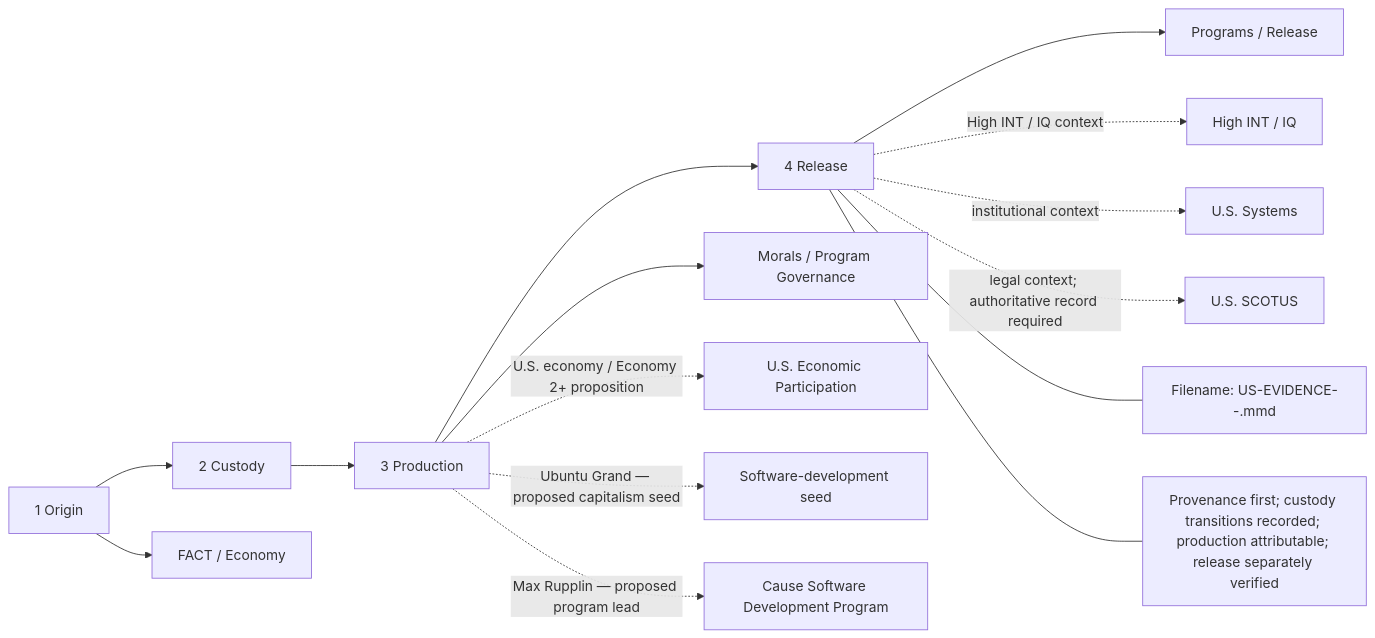
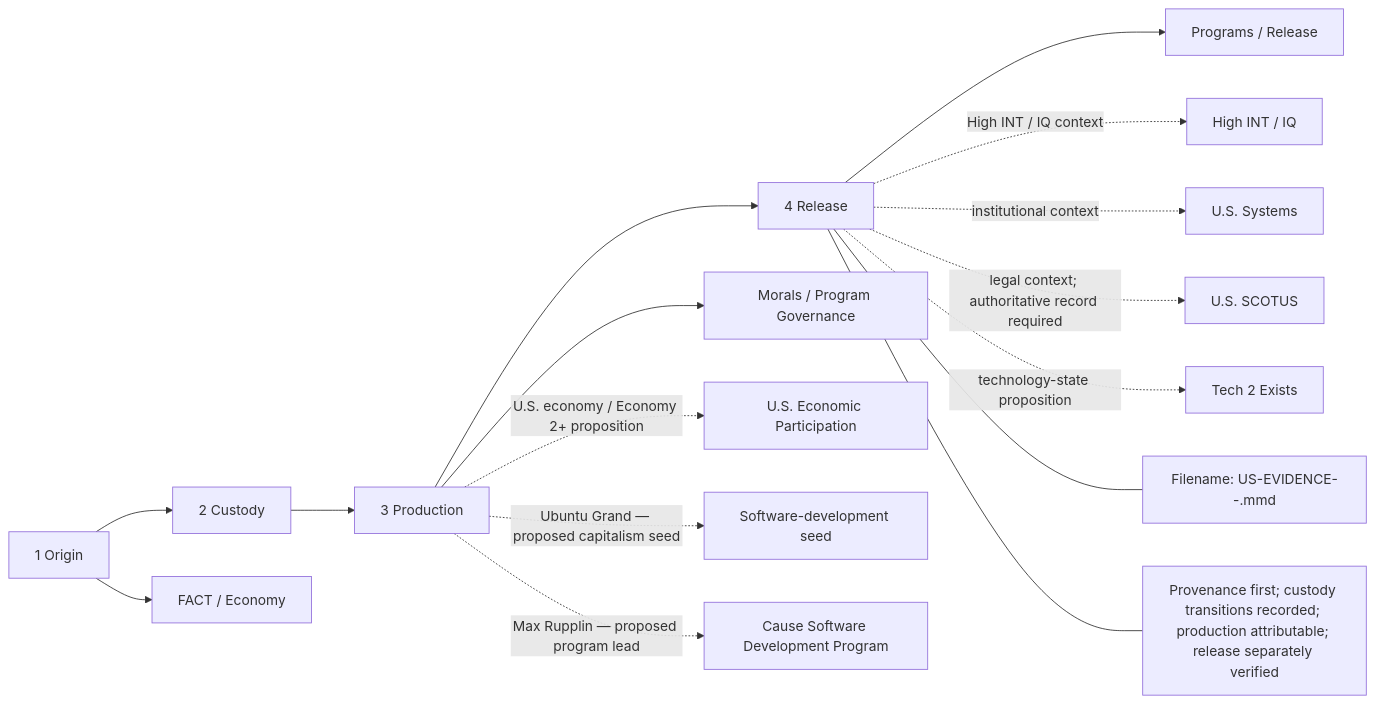
The diagram in evidence/US-EVIDENCE-README.mmd (mearvk/Java.Web.Server.Telnet.Front.Java.21), drawn with Mermaid before and after one commit. The commit also changed other lines of this file, not shown here.

Commit message:
Add Tech 2 Exists to the U.S. economy, capitalism, IQ and systems proposition

````diff
--- a/evidence/US-EVIDENCE-README.mmd
+++ b/evidence/US-EVIDENCE-README.mmd
@@ -44,15 +44,16 @@
 ```mermaid
 flowchart LR
     E1["1 Origin"] --> E2["2 Custody"] --> E3["3 Production"] --> E4["4 Release"]
     E1 --> F["FACT / Economy"]
     E3 --> M["Morals / Program Governance"]
     E4 --> P["Programs / Release"]
     E3 -. "U.S. economy / Economy 2+ proposition" .-> ECON["U.S. Economic Participation"]
     E3 -. "Ubuntu Grand — proposed capitalism seed" .-> SEED["Software-development seed"]
     E3 -. "Max Rupplin — proposed program lead" .-> LEAD["Cause Software Development Program"]
     E4 -. "High INT / IQ context" .-> IQ["High INT / IQ"]
     E4 -. "institutional context" .-> SYS["U.S. Systems"]
     E4 -. "legal context; authoritative record required" .-> SCOTUS["U.S. SCOTUS"]
+    E4 -. "technology-state proposition" .-> TECH2["Tech 2 Exists"]
     E4 --- S["Filename: US-EVIDENCE-<stage>-<identifier>.mmd"]
     E4 --- R["Provenance first; custody transitions recorded; production attributable; release separately verified"]
 ```
````
